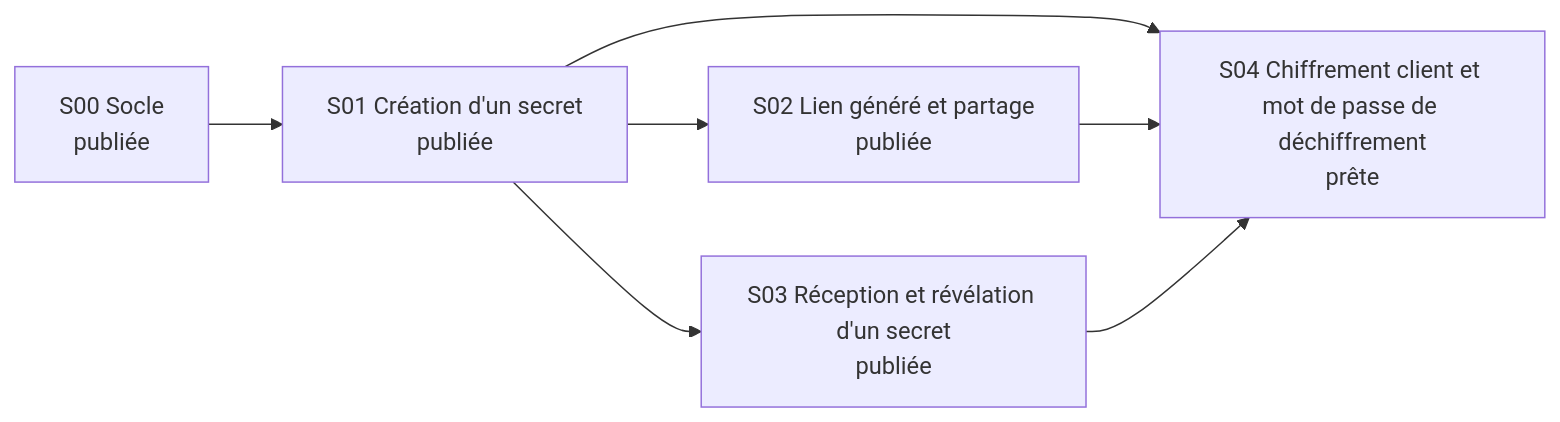
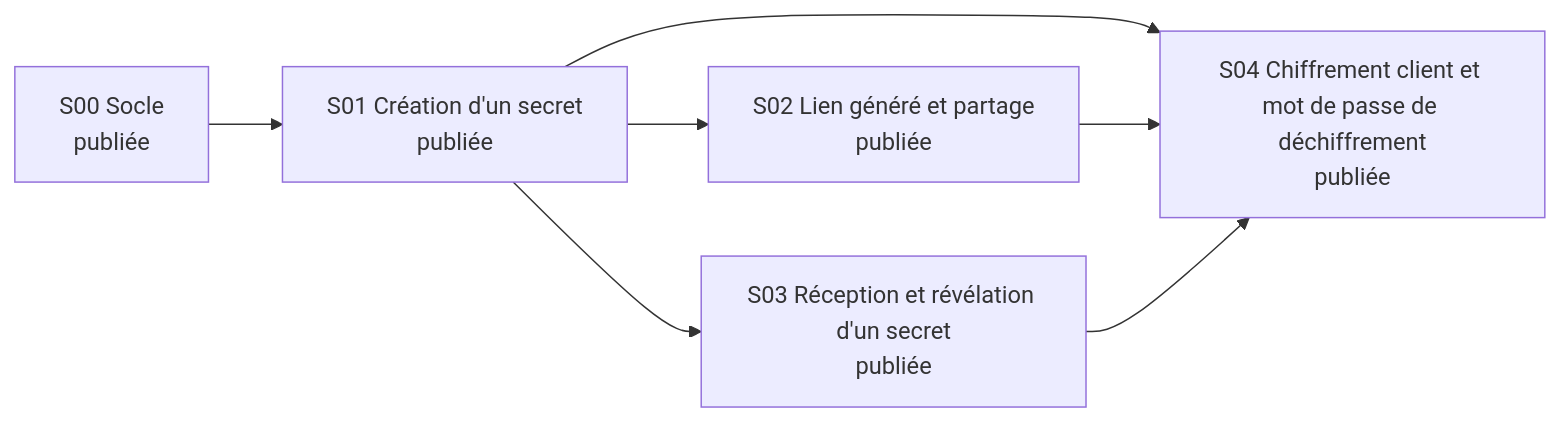
Before and after one commit to lgrdev/eloneva-secret: the diagram in specs/_index.md, drawn with Mermaid. The commit also changed other lines of this file, not shown here.

Commit message:
docs: refresh specs index

````diff
--- a/specs/_index.md
+++ b/specs/_index.md
@@ -23,14 +23,14 @@
 ```mermaid
 flowchart LR
   S00["S00 Socle<br/>publiée"]
   S01["S01 Création d'un secret<br/>publiée"]
   S02["S02 Lien généré et partage<br/>publiée"]
   S03["S03 Réception et révélation d'un secret<br/>publiée"]
-  S04["S04 Chiffrement client et mot de passe de déchiffrement<br/>prête"]
+  S04["S04 Chiffrement client et mot de passe de déchiffrement<br/>publiée"]
   S00 --> S01
   S01 --> S02
   S01 --> S03
   S01 --> S04
   S02 --> S04
   S03 --> S04
 ```
````
